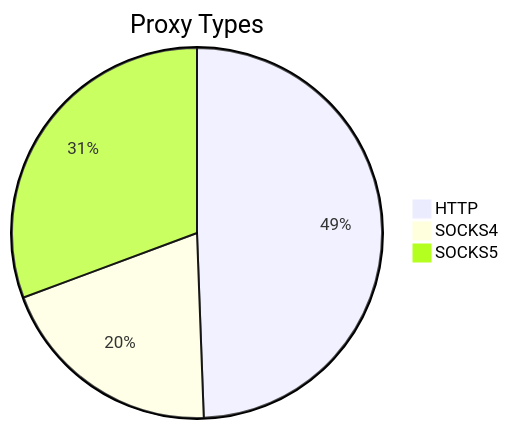
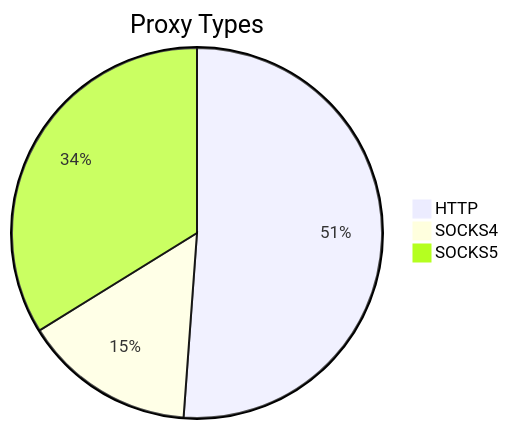
One commit to stormsia/proxy-list changed the first of 2 diagrams in README.md. Above: the diagram before and after it, drawn with Mermaid. The commit also changed other lines of this file, not shown here.

````diff
--- a/README.md
+++ b/README.md
@@ -21,6 +21,6 @@
 ```mermaid
 pie title Proxy Types
-    "HTTP" : 253
-    "SOCKS4" : 102
-    "SOCKS5" : 157
+    "HTTP" : 177
+    "SOCKS4" : 52
+    "SOCKS5" : 117
 ```
````
